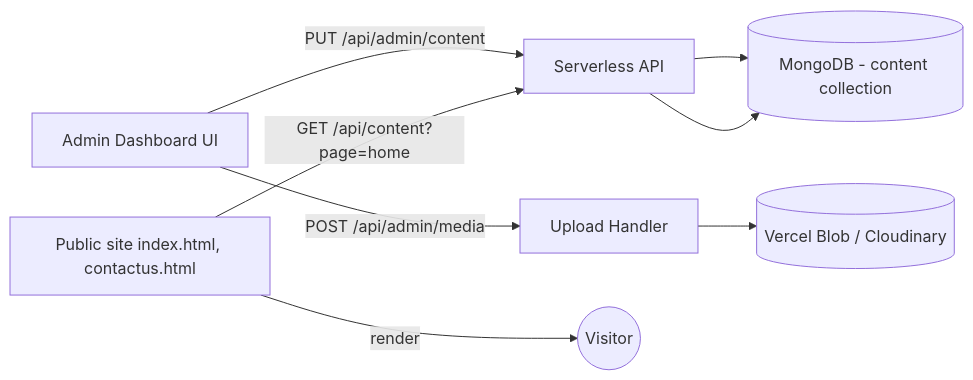
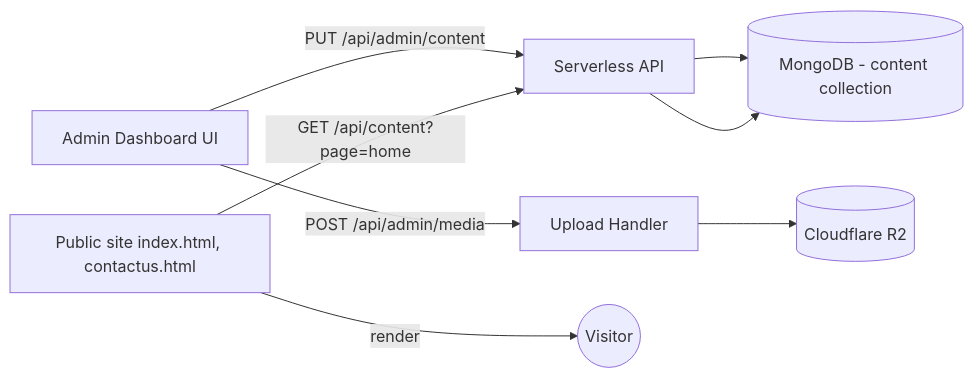
Before and after one commit to xscademembers/Easy-variants: the diagram in docs/CMS-IMPLEMENTATION-PLAN.md, drawn with Mermaid. The commit also changed other lines of this file and 21 other files, not shown here.

````diff
--- a/docs/CMS-IMPLEMENTATION-PLAN.md
+++ b/docs/CMS-IMPLEMENTATION-PLAN.md
@@ -24,10 +24,10 @@
 ```mermaid
 flowchart LR
   Admin[Admin Dashboard UI] -->|PUT /api/admin/content| API[Serverless API]
   Admin -->|POST /api/admin/media| Upload[Upload Handler]
-  Upload --> Blob[(Vercel Blob / Cloudinary)]
+  Upload --> Blob[(Cloudflare R2)]
   API --> DB[(MongoDB - content collection)]
   Browser[Public site index.html, contactus.html] -->|GET /api/content?page=home| API
   API --> DB
   Browser -->|render| User((Visitor))
 ```
````
